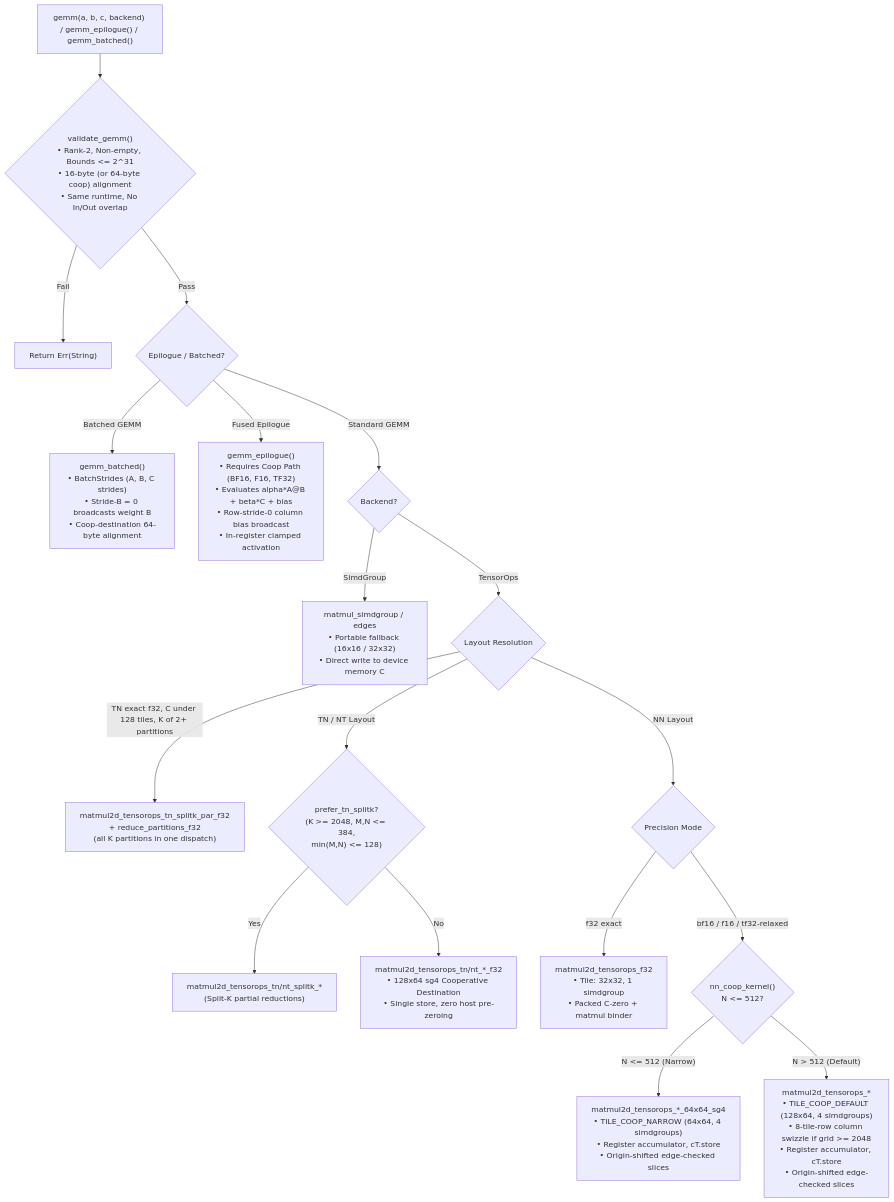
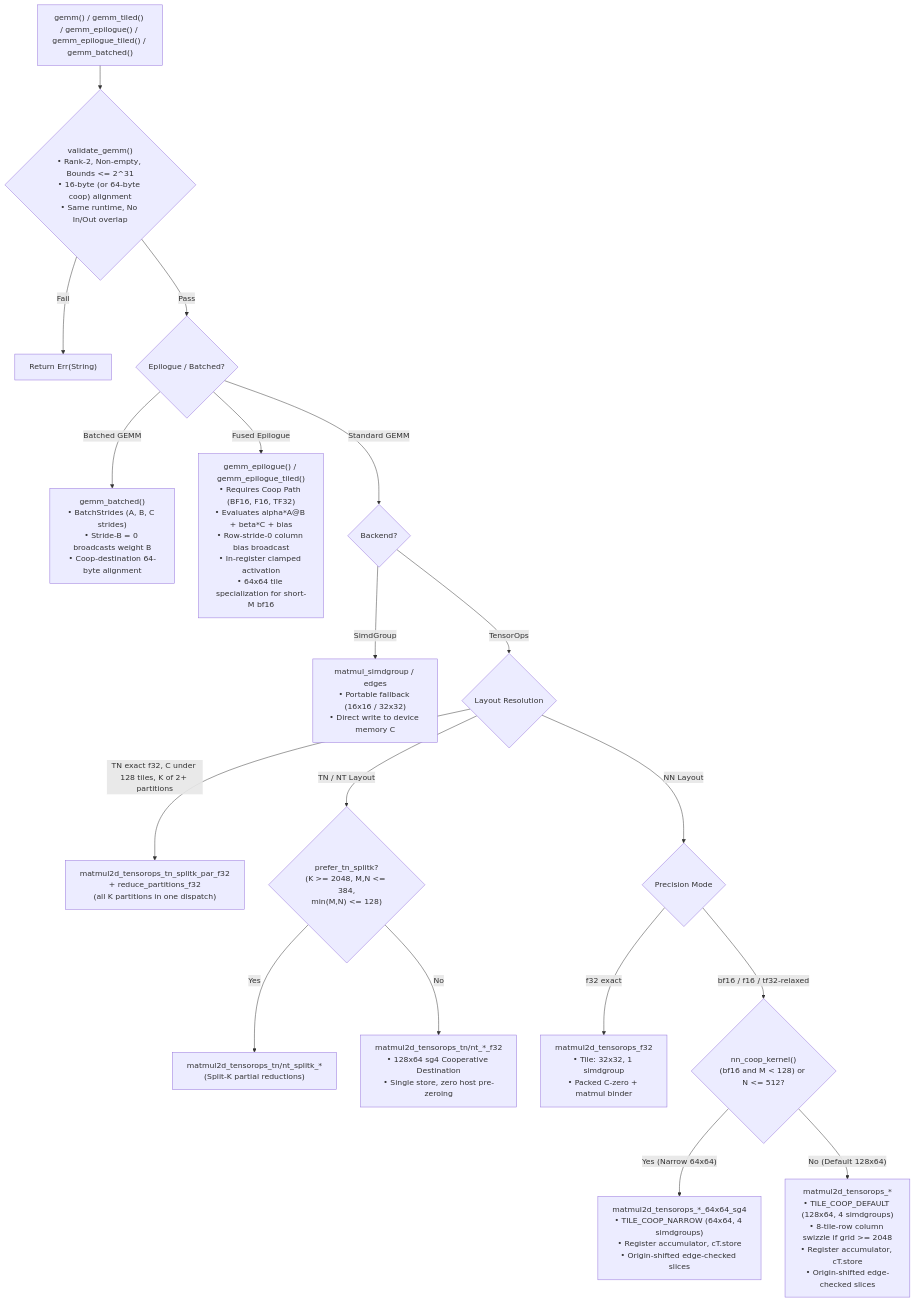
Before and after one commit to bharathvbcr/tessl: the third of 4 diagrams in README.md, drawn with Mermaid. The commit also changed other lines of this file and 5 other files, not shown here.

Commit message:
docs: update architecture, verification, benchmarks, and changelog for short-M tiles and epilogues

````diff
--- a/README.md
+++ b/README.md
@@ -218,28 +218,28 @@
 ```mermaid
 flowchart TD
-    Start["gemm(a, b, c, backend) / gemm_epilogue() / gemm_batched()"] --> Validate{"validate_gemm()<br/>• Rank-2, Non-empty, Bounds &lt;= 2^31<br/>• 16-byte (or 64-byte coop) alignment<br/>• Same runtime, No In/Out overlap"}
+    Start["gemm() / gemm_tiled() / gemm_epilogue() / gemm_epilogue_tiled() / gemm_batched()"] --> Validate{"validate_gemm()<br/>• Rank-2, Non-empty, Bounds &lt;= 2^31<br/>• 16-byte (or 64-byte coop) alignment<br/>• Same runtime, No In/Out overlap"}
     Validate -- Fail --> Err["Return Err(String)"]
     Validate -- Pass --> EpilogueCheck{"Epilogue / Batched?"}
 
     EpilogueCheck -- "Batched GEMM" --> BatchedDispatch["gemm_batched()<br/>• BatchStrides (A, B, C strides)<br/>• Stride-B = 0 broadcasts weight B<br/>• Coop-destination 64-byte alignment"]
-    EpilogueCheck -- "Fused Epilogue" --> EpilogueDispatch["gemm_epilogue()<br/>• Requires Coop Path (BF16, F16, TF32)<br/>• Evaluates alpha*A@B + beta*C + bias<br/>• Row-stride-0 column bias broadcast<br/>• In-register clamped activation"]
+    EpilogueCheck -- "Fused Epilogue" --> EpilogueDispatch["gemm_epilogue() / gemm_epilogue_tiled()<br/>• Requires Coop Path (BF16, F16, TF32)<br/>• Evaluates alpha*A@B + beta*C + bias<br/>• Row-stride-0 column bias broadcast<br/>• In-register clamped activation<br/>• 64x64 tile specialization for short-M bf16"]
     EpilogueCheck -- "Standard GEMM" --> BackendCheck{"Backend?"}
 
     BackendCheck -- SimdGroup --> SimdGroupKernel["matmul_simdgroup / edges<br/>• Portable fallback (16x16 / 32x32)<br/>• Direct write to device memory C"]
     BackendCheck -- TensorOps --> LayoutCheck{"Layout Resolution"}
 
     LayoutCheck -- "TN exact f32, C under 128 tiles, K of 2+ partitions" --> ParTN["matmul2d_tensorops_tn_splitk_par_f32<br/>+ reduce_partitions_f32<br/>(all K partitions in one dispatch)"]
     LayoutCheck -- "TN / NT Layout" --> SplitKCheck{"prefer_tn_splitk?<br/>(K &gt;= 2048, M,N &lt;= 384,<br/>min(M,N) &lt;= 128)"}
     SplitKCheck -- Yes --> SplitKKernel["matmul2d_tensorops_tn/nt_splitk_*<br/>(Split-K partial reductions)"]
     SplitKCheck -- No --> CoopTN["matmul2d_tensorops_tn/nt_*_f32<br/>• 128x64 sg4 Cooperative Destination<br/>• Single store, zero host pre-zeroing"]
 
     LayoutCheck -- "NN Layout" --> PrecisionCheck{"Precision Mode"}
     
     PrecisionCheck -- "f32 exact" --> F32Exact["matmul2d_tensorops_f32<br/>• Tile: 32x32, 1 simdgroup<br/>• Packed C-zero + matmul binder"]
     
-    PrecisionCheck -- "bf16 / f16 / tf32-relaxed" --> NNTable{"nn_coop_kernel()<br/>N &lt;= 512?"}
+    PrecisionCheck -- "bf16 / f16 / tf32-relaxed" --> NNTable{"nn_coop_kernel()<br/>(bf16 and M &lt; 128) or N &lt;= 512?"}
     
-    NNTable -- "N &lt;= 512 (Narrow)" --> NNNarrow["matmul2d_tensorops_*_64x64_sg4<br/>• TILE_COOP_NARROW (64x64, 4 simdgroups)<br/>• Register accumulator, cT.store<br/>• Origin-shifted edge-checked slices"]
+    NNTable -- "Yes (Narrow 64x64)" --> NNNarrow["matmul2d_tensorops_*_64x64_sg4<br/>• TILE_COOP_NARROW (64x64, 4 simdgroups)<br/>• Register accumulator, cT.store<br/>• Origin-shifted edge-checked slices"]
     
-    NNTable -- "N &gt; 512 (Default)" --> NNDefault["matmul2d_tensorops_*<br/>• TILE_COOP_DEFAULT (128x64, 4 simdgroups)<br/>• 8-tile-row column swizzle if grid &gt;= 2048<br/>• Register accumulator, cT.store<br/>• Origin-shifted edge-checked slices"]
+    NNTable -- "No (Default 128x64)" --> NNDefault["matmul2d_tensorops_*<br/>• TILE_COOP_DEFAULT (128x64, 4 simdgroups)<br/>• 8-tile-row column swizzle if grid &gt;= 2048<br/>• Register accumulator, cT.store<br/>• Origin-shifted edge-checked slices"]
 ```
````
